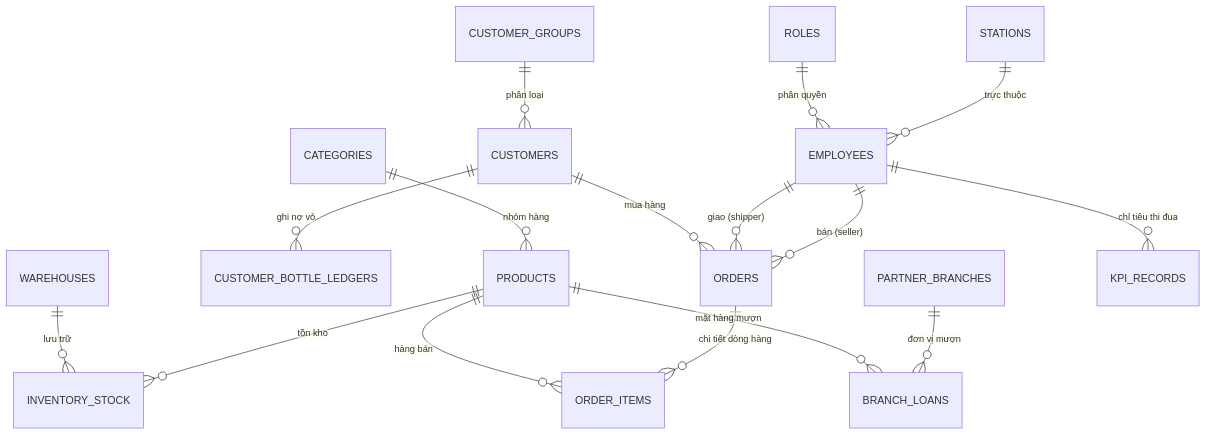
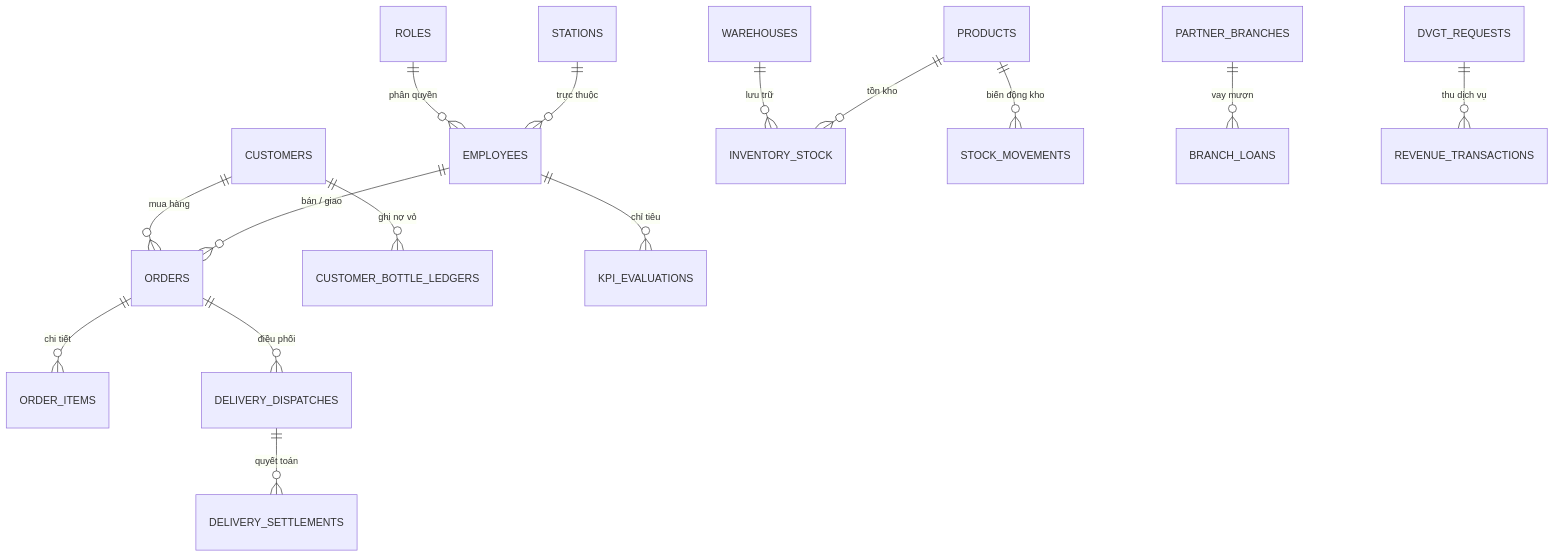
One commit to MiERP/QLBanHang changed the diagram in docs/ARCHITECTURE.md. Above: the diagram before and after it, drawn with Mermaid. The commit also changed other lines of this file and 7 other files, not shown here.

````diff
--- a/docs/ARCHITECTURE.md
+++ b/docs/ARCHITECTURE.md
@@ -58,18 +171,17 @@
 ```mermaid
 erDiagram
     STATIONS ||--o{ EMPLOYEES : "trực thuộc"
     ROLES ||--o{ EMPLOYEES : "phân quyền"
-    EMPLOYEES ||--o{ ORDERS : "bán (seller)"
-    EMPLOYEES ||--o{ ORDERS : "giao (shipper)"
-    CUSTOMER_GROUPS ||--o{ CUSTOMERS : "phân loại"
+    EMPLOYEES ||--o{ ORDERS : "bán / giao"
     CUSTOMERS ||--o{ ORDERS : "mua hàng"
     CUSTOMERS ||--o{ CUSTOMER_BOTTLE_LEDGERS : "ghi nợ vỏ"
-    CATEGORIES ||--o{ PRODUCTS : "nhóm hàng"
     PRODUCTS ||--o{ INVENTORY_STOCK : "tồn kho"
     WAREHOUSES ||--o{ INVENTORY_STOCK : "lưu trữ"
-    ORDERS ||--o{ ORDER_ITEMS : "chi tiết dòng hàng"
-    PRODUCTS ||--o{ ORDER_ITEMS : "hàng bán"
-    PARTNER_BRANCHES ||--o{ BRANCH_LOANS : "đơn vị mượn"
-    PRODUCTS ||--o{ BRANCH_LOANS : "mặt hàng mượn"
-    EMPLOYEES ||--o{ KPI_RECORDS : "chỉ tiêu thi đua"
+    ORDERS ||--o{ ORDER_ITEMS : "chi tiết"
+    ORDERS ||--o{ DELIVERY_DISPATCHES : "điều phối"
+    DELIVERY_DISPATCHES ||--o{ DELIVERY_SETTLEMENTS : "quyết toán"
+    PRODUCTS ||--o{ STOCK_MOVEMENTS : "biến động kho"
+    PARTNER_BRANCHES ||--o{ BRANCH_LOANS : "vay mượn"
+    EMPLOYEES ||--o{ KPI_EVALUATIONS : "chỉ tiêu"
+    DVGT_REQUESTS ||--o{ REVENUE_TRANSACTIONS : "thu dịch vụ"
 ```
````
